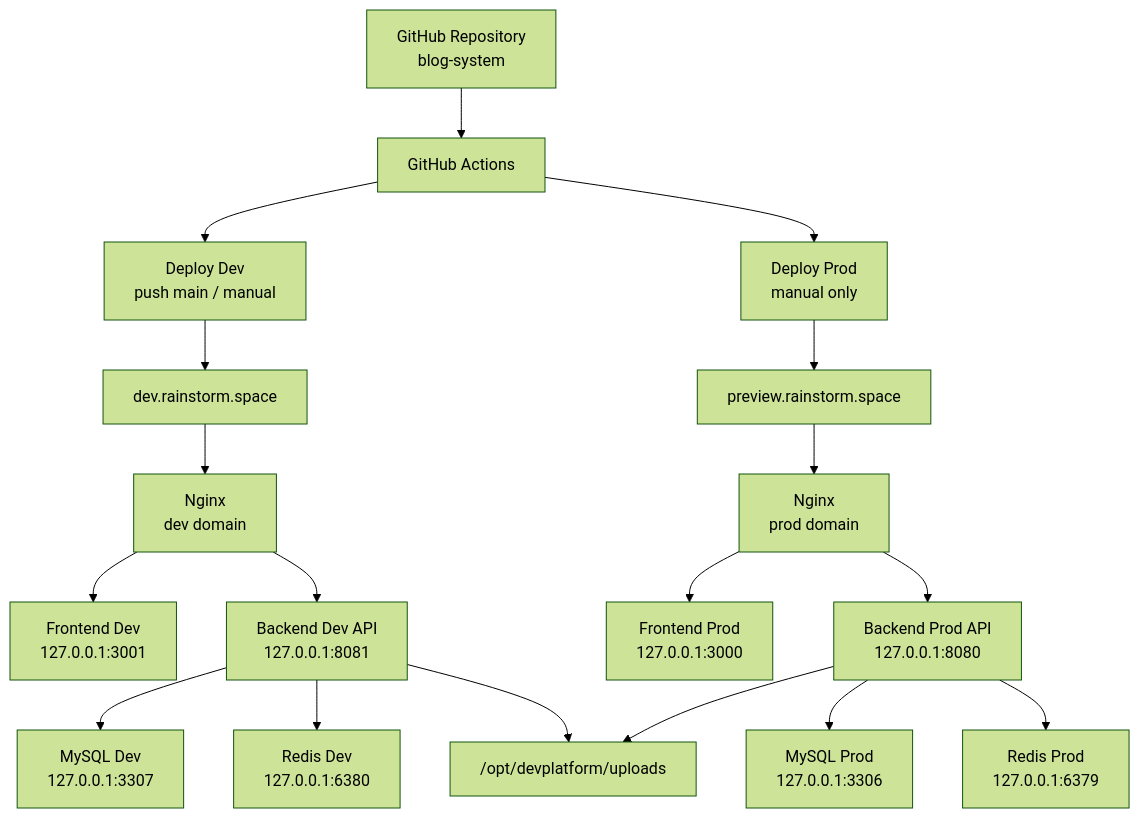
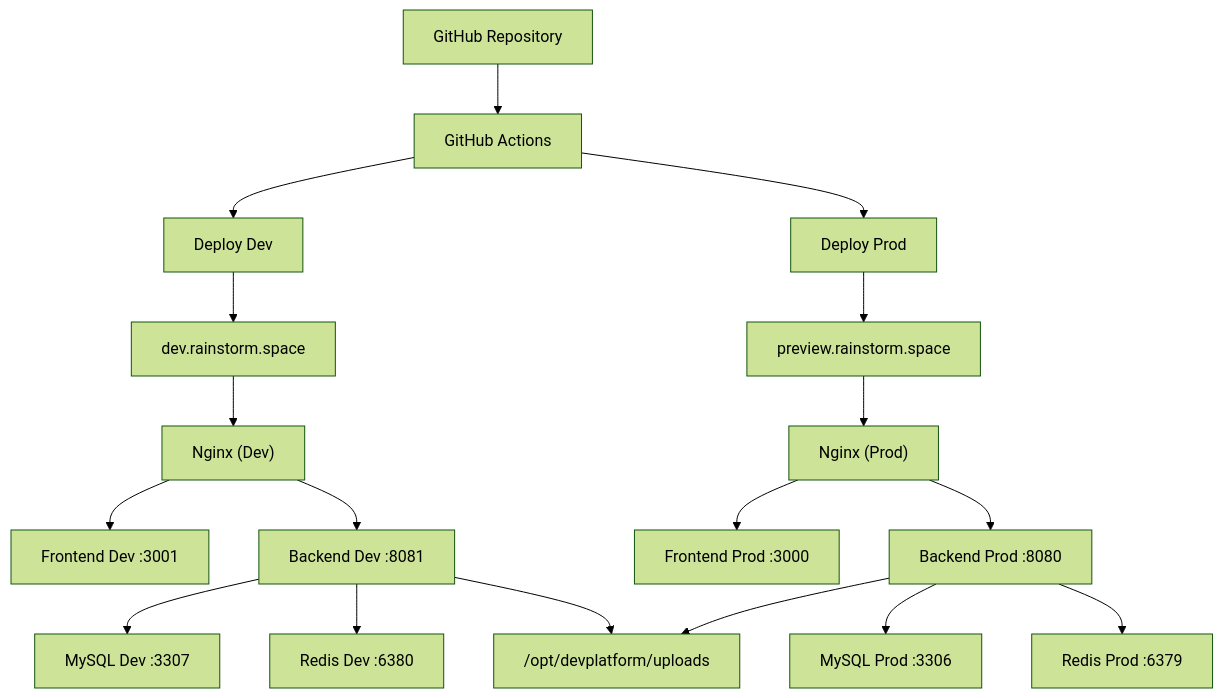
The first of 6 diagrams in docs/architecture-overview.md (N40134318/blog-system), drawn with Mermaid (forest theme) before and after one commit. The commit also changed other lines of this file and 3 other files, not shown here.

````diff
--- a/docs/architecture-overview.md
+++ b/docs/architecture-overview.md
@@ -19,41 +32,30 @@
-```mermaid
+``` mermaid
+flowchart TD
+  A["GitHub Repository"] --> B["GitHub Actions"]
 
-flowchart TD
+  B --> C["Deploy Dev"]
+  B --> D["Deploy Prod"]
 
-A["GitHub Repository<br/>blog-system"] --> B["GitHub Actions"]
+  C --> E["dev.rainstorm.space"]
+  D --> F["preview.rainstorm.space"]
 
-B --> C["Deploy Dev<br/>push main / manual"]
+  E --> G["Nginx (Dev)"]
+  F --> H["Nginx (Prod)"]
 
-B --> D["Deploy Prod<br/>manual only"]
+  G --> I["Frontend Dev :3001"]
+  G --> J["Backend Dev :8081"]
 
-C --> E["dev.rainstorm.space"]
+  H --> K["Frontend Prod :3000"]
+  H --> L["Backend Prod :8080"]
 
-D --> F["preview.rainstorm.space"]
+  J --> M["MySQL Dev :3307"]
+  J --> N["Redis Dev :6380"]
 
-E --> G["Nginx<br/>dev domain"]
+  L --> O["MySQL Prod :3306"]
+  L --> P["Redis Prod :6379"]
 
-F --> H["Nginx<br/>prod domain"]
+  Q["/opt/devplatform/uploads"]
 
-G --> I["Frontend Dev<br/>127.0.0.1:3001"]
-
-G --> J["Backend Dev API<br/>127.0.0.1:8081"]
-
-H --> K["Frontend Prod<br/>127.0.0.1:3000"]
-
-H --> L["Backend Prod API<br/>127.0.0.1:8080"]
-
-J --> M["MySQL Dev<br/>127.0.0.1:3307"]
-
-J --> N["Redis Dev<br/>127.0.0.1:6380"]
-
-L --> O["MySQL Prod<br/>127.0.0.1:3306"]
-
-L --> P["Redis Prod<br/>127.0.0.1:6379"]
-
-Q["/opt/devplatform/uploads"]
-
-J --> Q
-
-L --> Q
-
+  J --> Q
+  L --> Q
 ```
````
